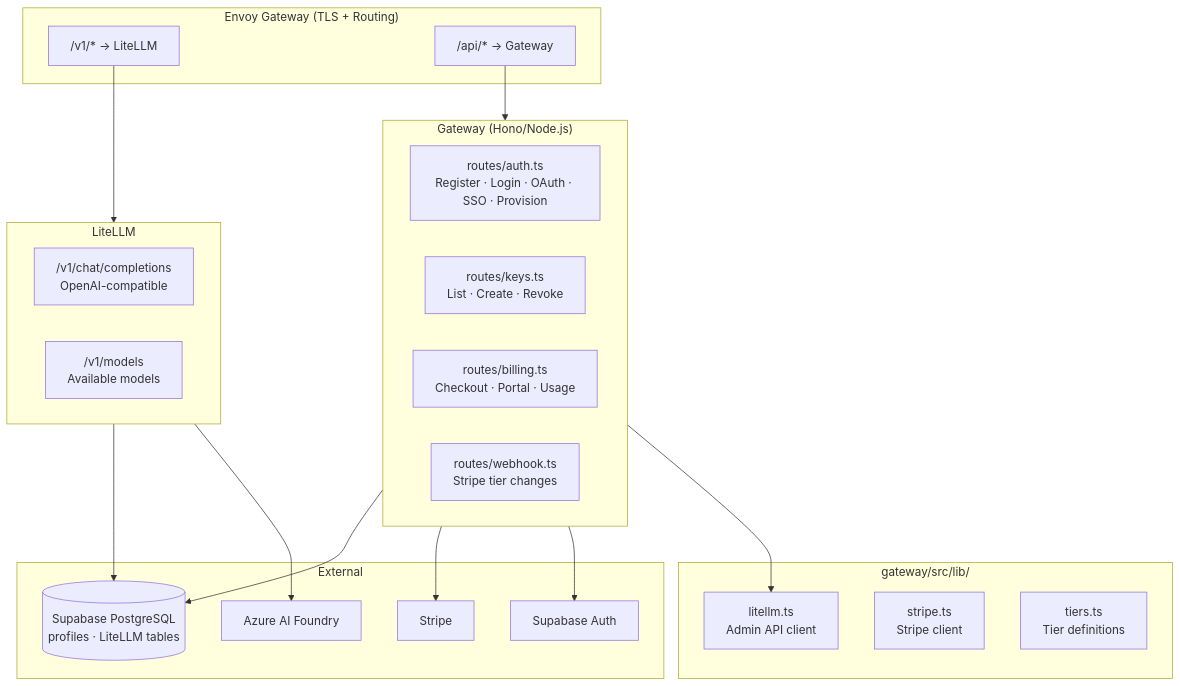
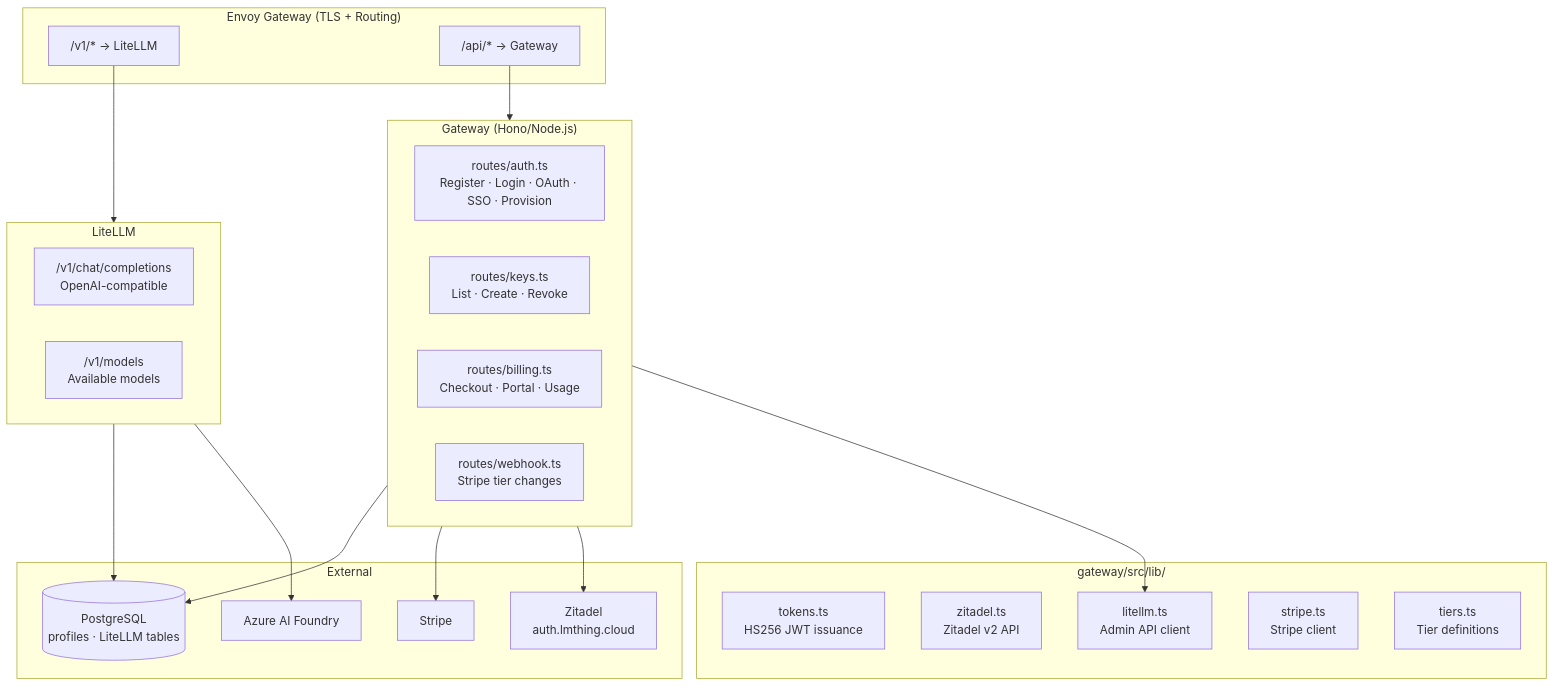
The fourth of 6 diagrams in CLAUDE.md (lmthing/lmthing), drawn with Mermaid before and after one commit. The commit also changed other lines of this file and 3 other files, not shown here.

First line of the commit message:
docs: update all CLAUDE.md and skills to reflect Zitadel + gateway JWT auth

````diff
--- a/CLAUDE.md
+++ b/CLAUDE.md
@@ -325,41 +326,43 @@
 ```mermaid
 graph TB
     subgraph EnvoyGW["Envoy Gateway (TLS + Routing)"]
         V1["/v1/* → LiteLLM"]
         API["/api/* → Gateway"]
     end
 
     subgraph LiteLLMSvc["LiteLLM"]
         Chat["/v1/chat/completions<br/>OpenAI-compatible"]
         Models["/v1/models<br/>Available models"]
     end
 
     subgraph GatewaySvc["Gateway (Hono/Node.js)"]
         AuthRoutes["routes/auth.ts<br/>Register · Login · OAuth · SSO · Provision"]
         KeyRoutes["routes/keys.ts<br/>List · Create · Revoke"]
         BillingRoutes["routes/billing.ts<br/>Checkout · Portal · Usage"]
         WebhookRoutes["routes/webhook.ts<br/>Stripe tier changes"]
     end
 
     subgraph Libs["gateway/src/lib/"]
+        TokensLib["tokens.ts<br/>HS256 JWT issuance"]
+        ZitadelLib["zitadel.ts<br/>Zitadel v2 API"]
         LiteLLMLib["litellm.ts<br/>Admin API client"]
         StripLib["stripe.ts<br/>Stripe client"]
         TiersLib["tiers.ts<br/>Tier definitions"]
     end
 
     subgraph External["External"]
         Azure["Azure AI Foundry"]
-        SupaAuth["Supabase Auth"]
+        Zitadel["Zitadel<br/>auth.lmthing.cloud"]
         Stripe["Stripe"]
-        DB[("Supabase PostgreSQL<br/>profiles · LiteLLM tables")]
+        DB[("PostgreSQL<br/>profiles · LiteLLM tables")]
     end
 
     V1 --> LiteLLMSvc
     API --> GatewaySvc
     LiteLLMSvc --> Azure
     LiteLLMSvc --> DB
     GatewaySvc --> LiteLLMLib
-    GatewaySvc --> SupaAuth
+    GatewaySvc --> Zitadel
     GatewaySvc --> Stripe
     GatewaySvc --> DB
 ```
````
